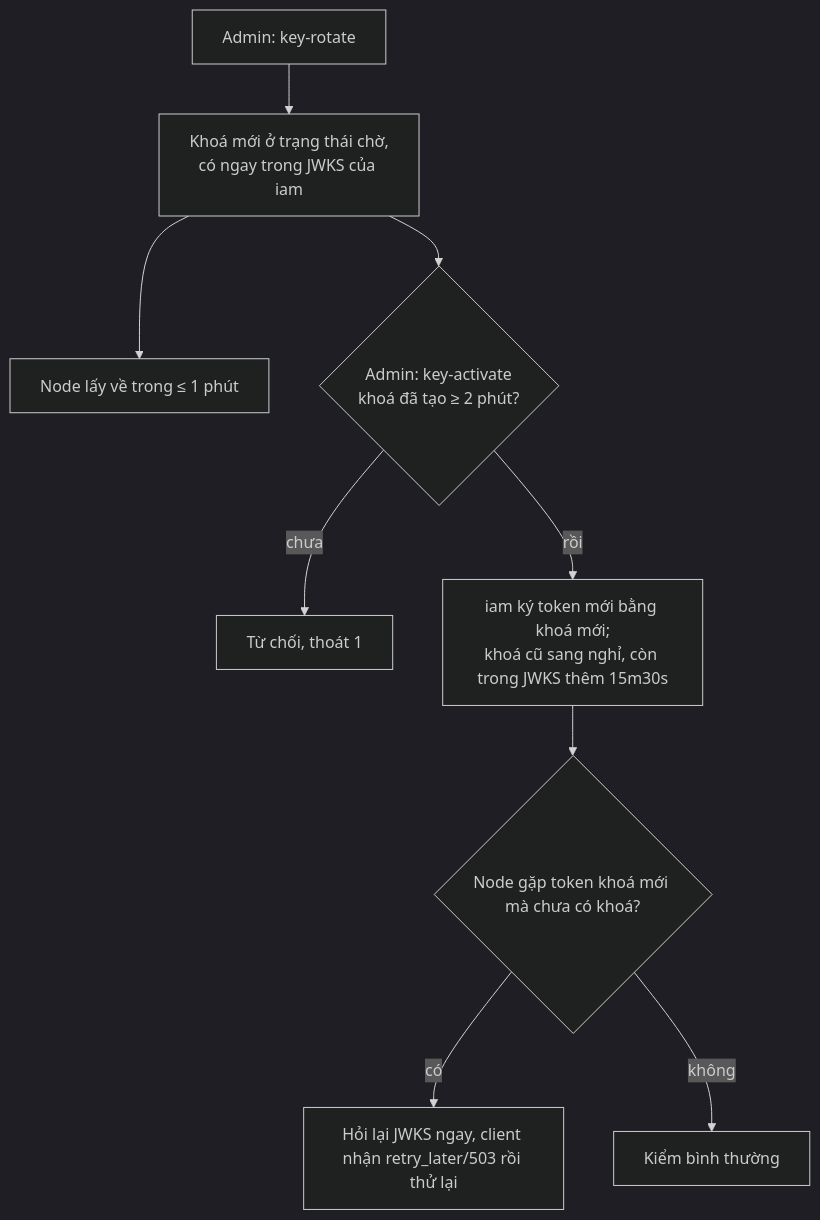
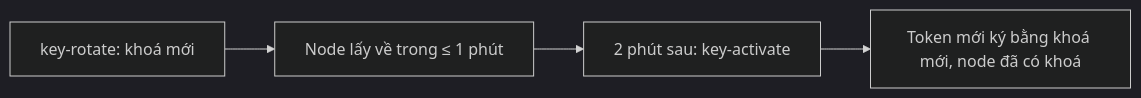
The fourth of 4 diagrams in docs/plans/2026-10-27-m6-2-thu-hoi-toi-node-summary.md (ivannguyendev/chatim), drawn with Mermaid (dark theme) before and after one commit. The commit also changed other lines of this file, not shown here.

````diff
--- a/docs/plans/2026-10-27-m6-2-thu-hoi-toi-node-summary.md
+++ b/docs/plans/2026-10-27-m6-2-thu-hoi-toi-node-summary.md
@@ -161,11 +104,4 @@
 ```mermaid
-flowchart TD
-  A["Admin: key-rotate"] --> P["Khoá mới ở trạng thái chờ,<br/>có ngay trong JWKS của iam"]
-  P --> N["Node lấy về trong ≤ 1 phút"]
-  P --> W{"Admin: key-activate<br/>khoá đã tạo ≥ 2 phút?"}
-  W -->|chưa| E["Từ chối, thoát 1"]
-  W -->|rồi| S["iam ký token mới bằng khoá mới;<br/>khoá cũ sang nghỉ, còn trong JWKS thêm 15m30s"]
-  S --> V{"Node gặp token khoá mới mà chưa có khoá?"}
-  V -->|có| R["Hỏi lại JWKS ngay, client nhận retry_later/503 rồi thử lại"]
-  V -->|không| OK["Kiểm bình thường"]
+flowchart LR
+  A["key-rotate: khoá mới"] --> B["Node lấy về trong ≤ 1 phút"] --> C["2 phút sau: key-activate"] --> D["Token mới ký bằng khoá mới, node đã có khoá"]
 ```
````
